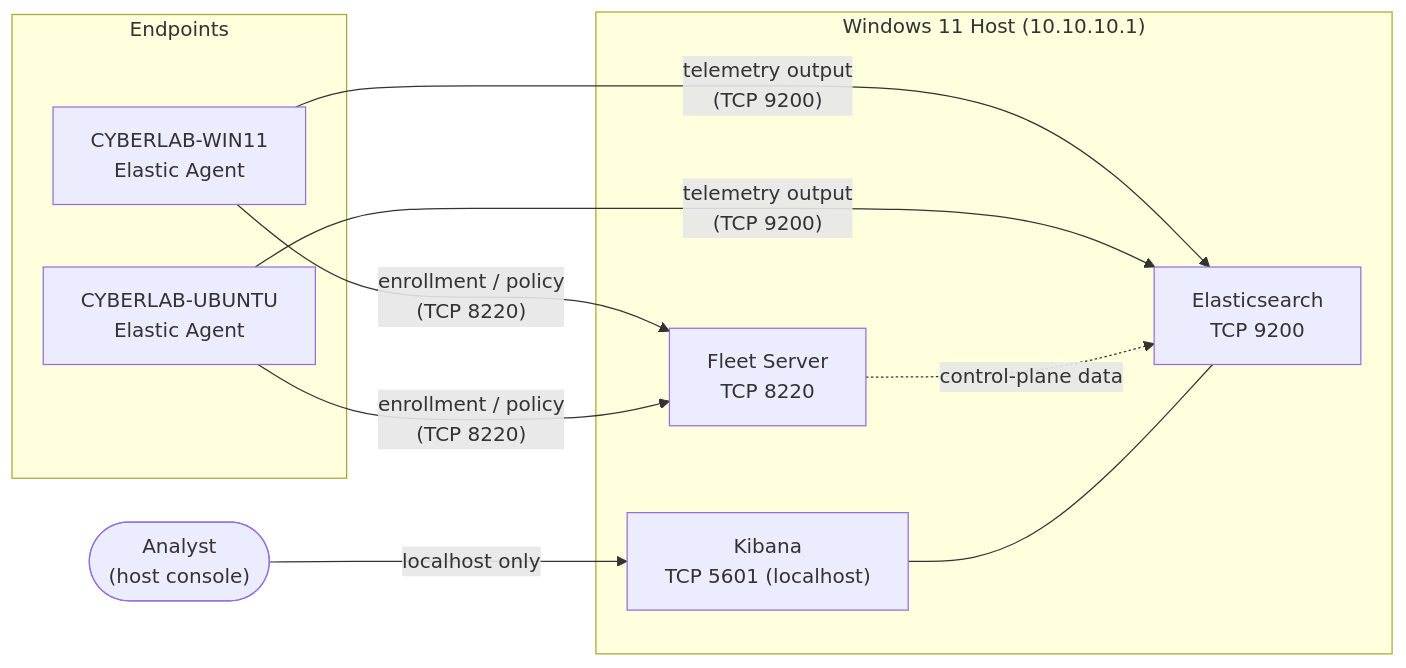
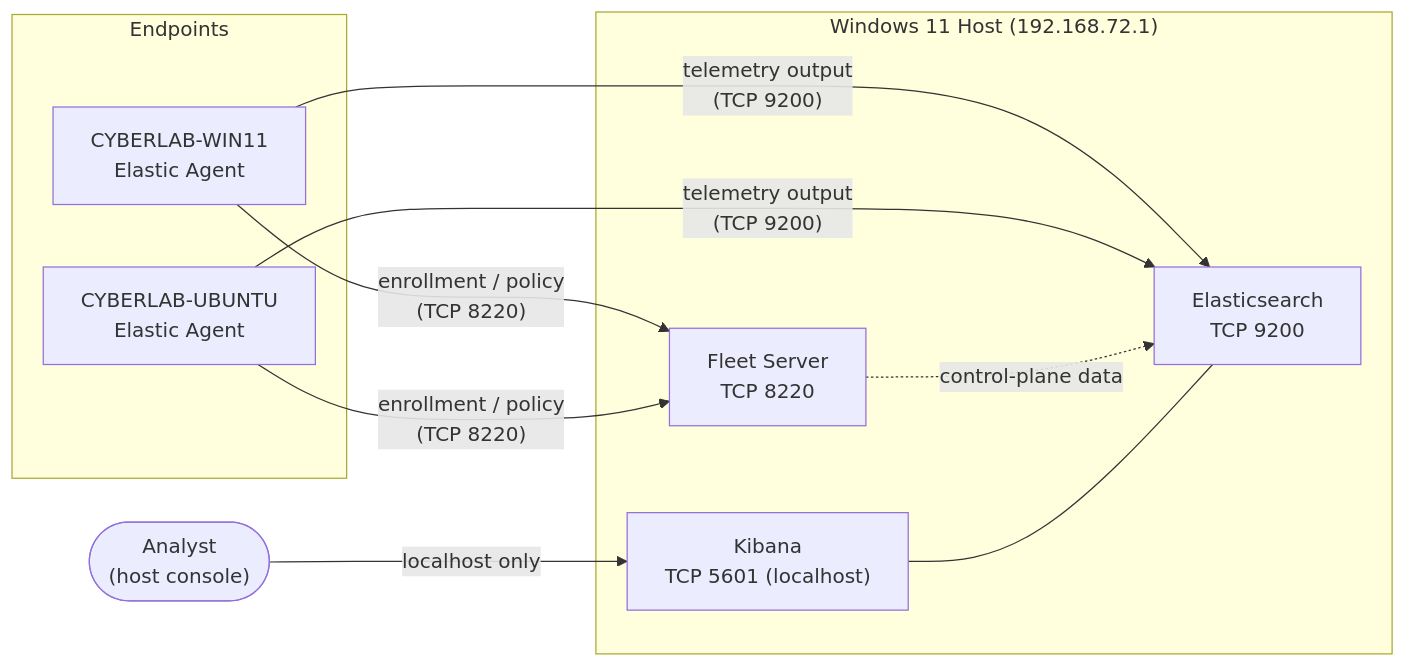
Before and after one commit to K1DB00/home-siem: the second of 2 diagrams in docs/architecture/02-network-topology.md, drawn with Mermaid. The commit also changed other lines of this file and 6 other files, not shown here.

Commit message:
Update architecture after Windows implementation

````diff
--- a/docs/architecture/02-network-topology.md
+++ b/docs/architecture/02-network-topology.md
@@ -124,23 +128,23 @@
 ```mermaid
 graph LR
     subgraph Endpoints
         WIN["CYBERLAB-WIN11\nElastic Agent"]
         UB["CYBERLAB-UBUNTU\nElastic Agent"]
     end
 
-    subgraph HOST["Windows 11 Host (10.10.10.1)"]
+    subgraph HOST["Windows 11 Host (192.168.72.1)"]
         FS["Fleet Server\nTCP 8220"]
         ES["Elasticsearch\nTCP 9200"]
         KB["Kibana\nTCP 5601 (localhost)"]
     end
 
     ANALYST(["Analyst\n(host console)"])
 
     WIN -- "enrollment / policy\n(TCP 8220)" --> FS
     UB -- "enrollment / policy\n(TCP 8220)" --> FS
     WIN -- "telemetry output\n(TCP 9200)" --> ES
     UB -- "telemetry output\n(TCP 9200)" --> ES
     FS -. "control-plane data" .-> ES
     ANALYST -- "localhost only" --> KB
     KB --- ES
 ```
````
